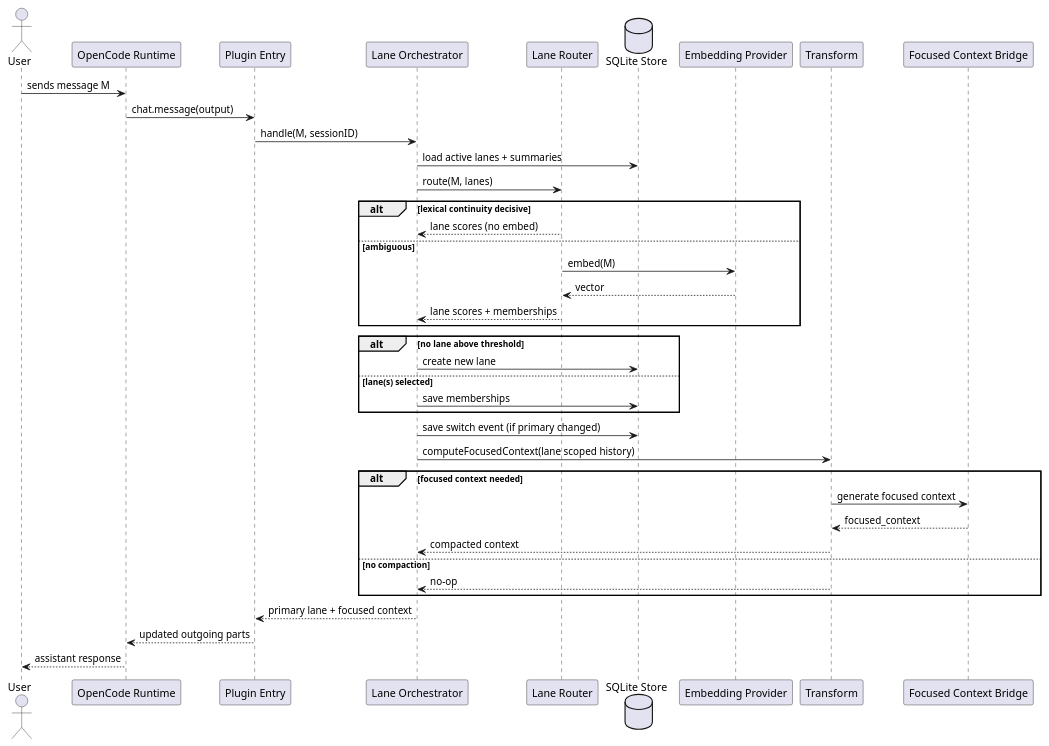
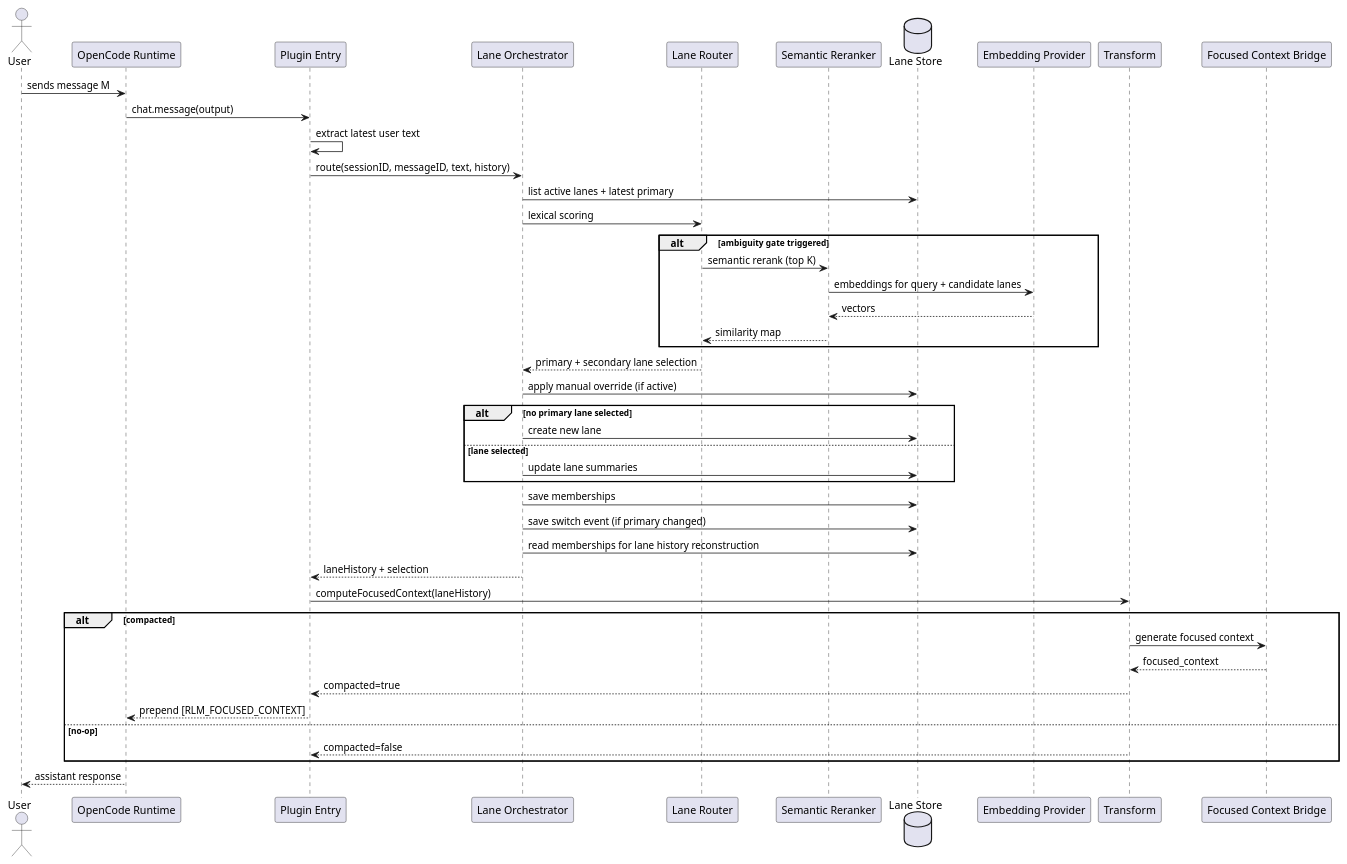
Before and after one commit to manorit2001/opencode-rlm-plugin: the second of 5 diagrams in docs/CONTEXT_LANES_ARCHITECTURE.md, drawn with PlantUML. The commit also changed other lines of this file and 1 other file, not shown here.

First line of the commit message:
docs: align architecture UMLs with opencode-first runtime

````diff
--- a/docs/CONTEXT_LANES_ARCHITECTURE.md
+++ b/docs/CONTEXT_LANES_ARCHITECTURE.md
@@ -62,48 +61,55 @@
 ```plantuml
 @startuml
 actor User
 participant "OpenCode Runtime" as Runtime
 participant "Plugin Entry" as Entry
 participant "Lane Orchestrator" as Orch
 participant "Lane Router" as Router
-database "SQLite Store" as Store
+participant "Semantic Reranker" as Semantic
+database "Lane Store" as Store
 participant "Embedding Provider" as Embed
 participant "Transform" as Transform
 participant "Focused Context Bridge" as Bridge
 
 User -> Runtime : sends message M
 Runtime -> Entry : chat.message(output)
-Entry -> Orch : handle(M, sessionID)
-Orch -> Store : load active lanes + summaries
-Orch -> Router : route(M, lanes)
+Entry -> Entry : extract latest user text
+Entry -> Orch : route(sessionID, messageID, text, history)
 
-alt lexical continuity decisive
-  Router --> Orch : lane scores (no embed)
-else ambiguous
-  Router -> Embed : embed(M)
-  Embed --> Router : vector
-  Router --> Orch : lane scores + memberships
+Orch -> Store : list active lanes + latest primary
+Orch -> Router : lexical scoring
+
+alt ambiguity gate triggered
+  Router -> Semantic : semantic rerank (top K)
+  Semantic -> Embed : embeddings for query + candidate lanes
+  Embed --> Semantic : vectors
+  Semantic --> Router : similarity map
 end
 
-alt no lane above threshold
+Router --> Orch : primary + secondary lane selection
+Orch -> Store : apply manual override (if active)
+
+alt no primary lane selected
   Orch -> Store : create new lane
-else lane(s) selected
-  Orch -> Store : save memberships
+else lane selected
+  Orch -> Store : update lane summaries
 end
 
+Orch -> Store : save memberships
 Orch -> Store : save switch event (if primary changed)
-Orch -> Transform : computeFocusedContext(lane scoped history)
+Orch -> Store : read memberships for lane history reconstruction
+Orch --> Entry : laneHistory + selection
 
-alt focused context needed
+Entry -> Transform : computeFocusedContext(laneHistory)
+alt compacted
   Transform -> Bridge : generate focused context
   Bridge --> Transform : focused_context
-  Transform --> Orch : compacted context
-else no compaction
-  Transform --> Orch : no-op
+  Transform --> Entry : compacted=true
+  Entry --> Runtime : prepend [RLM_FOCUSED_CONTEXT]
+else no-op
+  Transform --> Entry : compacted=false
 end
 
-Orch --> Entry : primary lane + focused context
-Entry --> Runtime : updated outgoing parts
 Runtime --> User : assistant response
 @enduml
 ```
````
